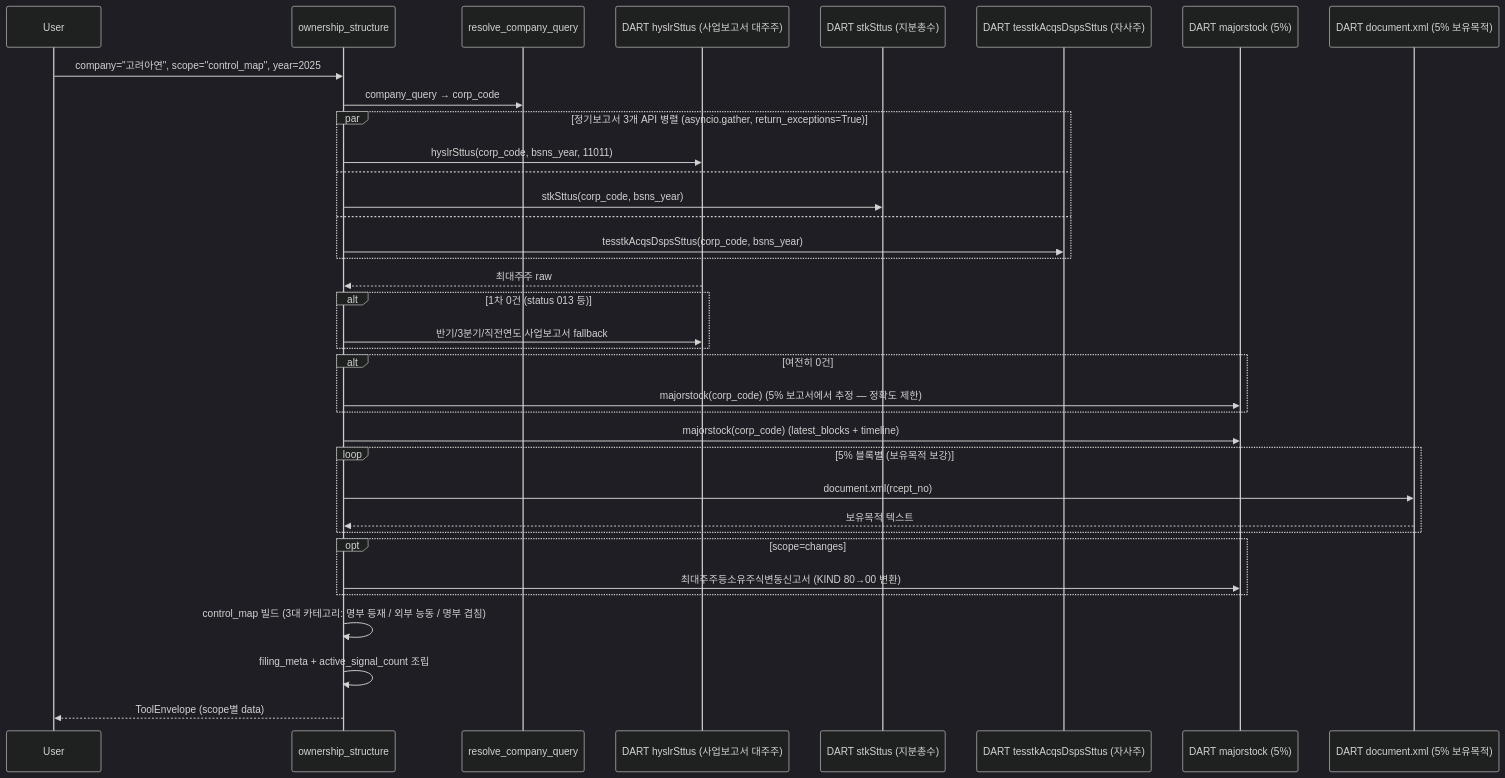
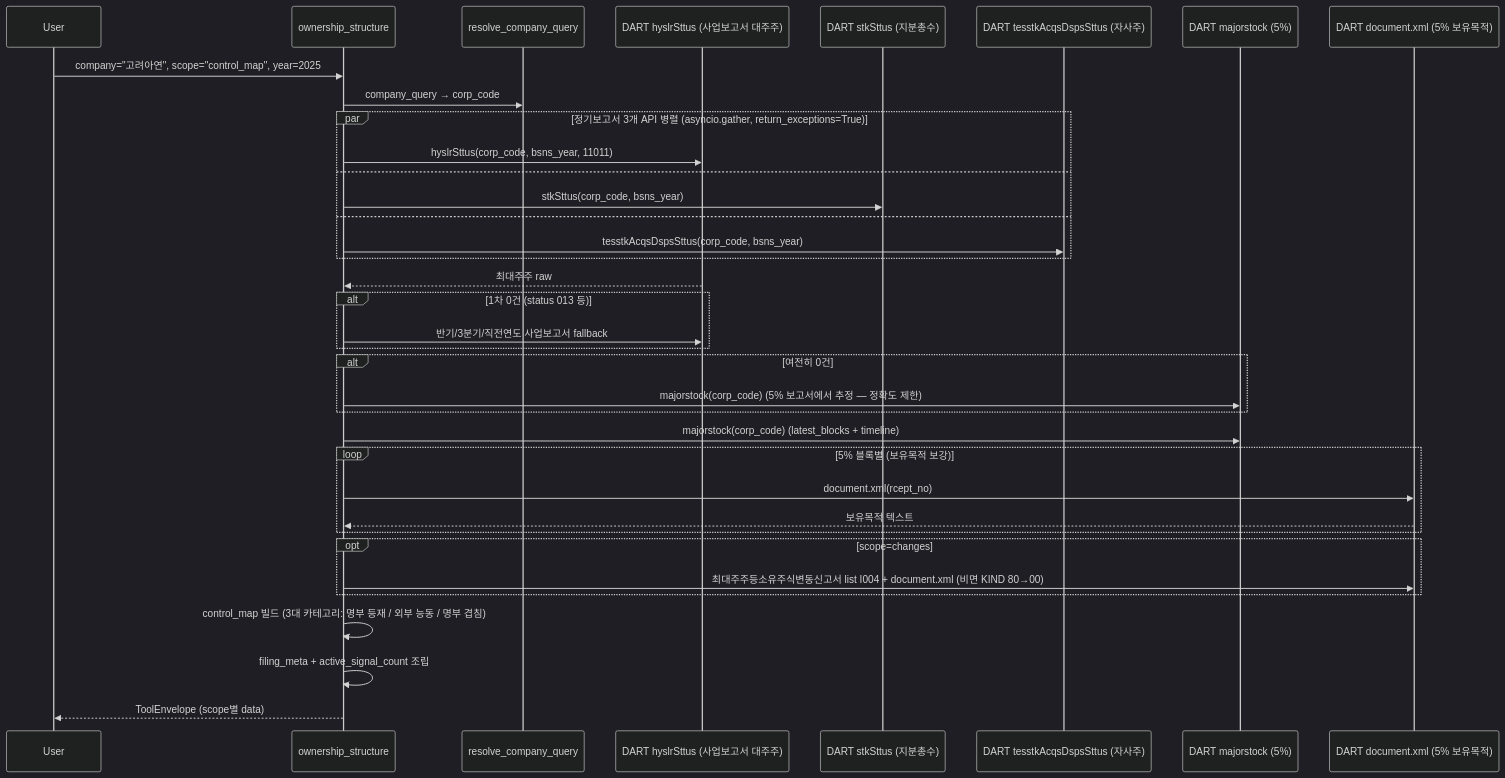
Before and after one commit to MarcoYou/open-proxy-mcp: the diagram in wiki/tools/ownership_structure.md, drawn with Mermaid (dark theme). The commit also changed other lines of this file and 9 other files, not shown here.

````diff
--- a/wiki/tools/ownership_structure.md
+++ b/wiki/tools/ownership_structure.md
@@ -94,38 +94,38 @@
 ```mermaid
 sequenceDiagram
     participant U as User
     participant T as ownership_structure
     participant R as resolve_company_query
     participant DH as DART hyslrSttus (사업보고서 대주주)
     participant DS as DART stkSttus (지분총수)
     participant DT as DART tesstkAcqsDspsSttus (자사주)
     participant DM as DART majorstock (5%)
     participant DD as DART document.xml (5% 보유목적)
     U->>T: company="고려아연", scope="control_map", year=2025
     T->>R: company_query → corp_code
     par 정기보고서 3개 API 병렬 (asyncio.gather, return_exceptions=True)
         T->>DH: hyslrSttus(corp_code, bsns_year, 11011)
     and
         T->>DS: stkSttus(corp_code, bsns_year)
     and
         T->>DT: tesstkAcqsDspsSttus(corp_code, bsns_year)
     end
     DH-->>T: 최대주주 raw
     alt 1차 0건 (status 013 등)
         T->>DH: 반기/3분기/직전연도 사업보고서 fallback
     end
     alt 여전히 0건
         T->>DM: majorstock(corp_code) (5% 보고서에서 추정 — 정확도 제한)
     end
     T->>DM: majorstock(corp_code) (latest_blocks + timeline)
     loop 5% 블록별 (보유목적 보강)
         T->>DD: document.xml(rcept_no)
         DD-->>T: 보유목적 텍스트
     end
     opt scope=changes
-        T->>DM: 최대주주등소유주식변동신고서 (KIND 80→00 변환)
+        T->>DD: 최대주주등소유주식변동신고서 list I004 + document.xml (비면 KIND 80→00)
     end
     T->>T: control_map 빌드 (3대 카테고리: 명부 등재 / 외부 능동 / 명부 겹침)
     T->>T: filing_meta + active_signal_count 조립
     T-->>U: ToolEnvelope (scope별 data)
 ```
````
